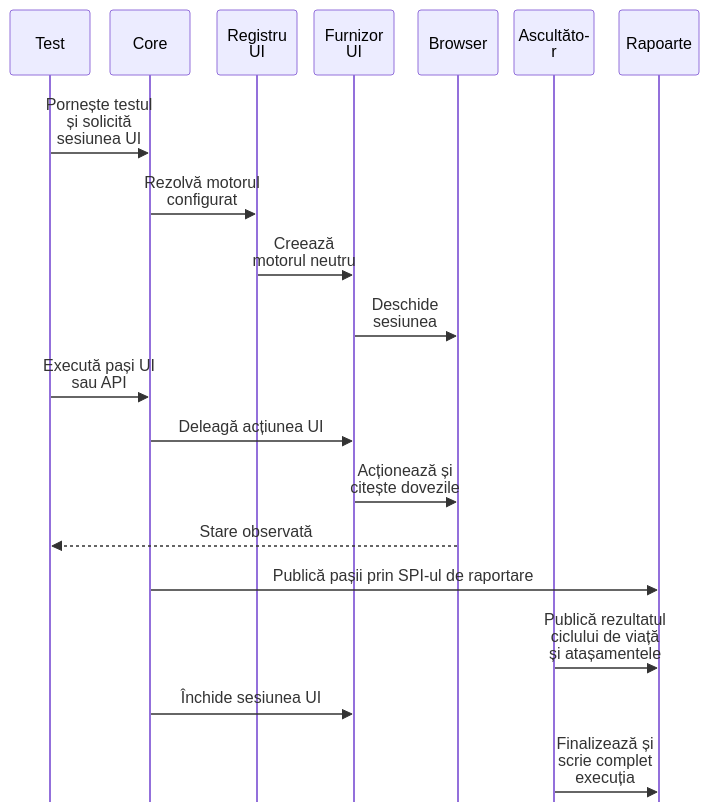
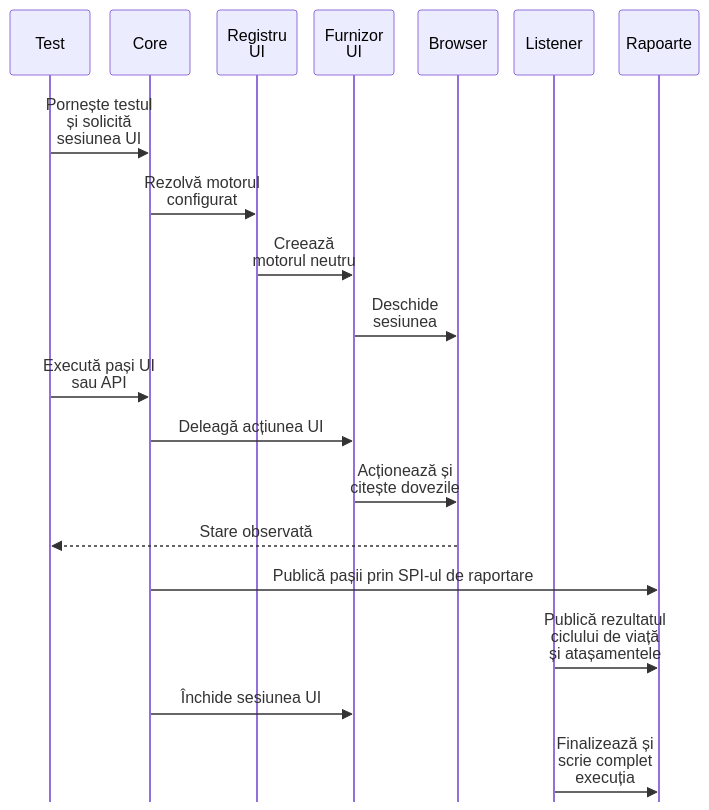
The second of 2 diagrams in docs/Architecture.md (crististefanita/ATF_AI), drawn with Mermaid before and after one commit. The commit also changed 3 other files, not shown here.

````diff
--- a/docs/Architecture.md
+++ b/docs/Architecture.md
@@ -57,23 +57,23 @@
 ```mermaid
 sequenceDiagram
     %%{init: {"sequence":{"width":80,"actorMargin":16,"messageMargin":22,"diagramMarginX":8,"diagramMarginY":8,"wrap":true,"mirrorActors":false}}}%%
     participant Test as Test
     participant Core as Core
     participant Registry as Registru UI
     participant Adapter as Furnizor UI
     participant Browser as Browser
-    participant Listener as Ascultător
+    participant Listener as Listener
     participant Reports as Rapoarte
     Test->>Core: Pornește testul și solicită sesiunea UI
     Core->>Registry: Rezolvă motorul configurat
     Registry->>Adapter: Creează motorul neutru
     Adapter->>Browser: Deschide sesiunea
     Test->>Core: Execută pași UI sau API
     Core->>Adapter: Deleagă acțiunea UI
     Adapter->>Browser: Acționează și citește dovezile
     Browser-->>Test: Stare observată
     Core->>Reports: Publică pașii prin SPI-ul de raportare
     Listener->>Reports: Publică rezultatul ciclului de viață și atașamentele
     Core->>Adapter: Închide sesiunea UI
     Listener->>Reports: Finalizează și scrie complet execuția
 ```
````
